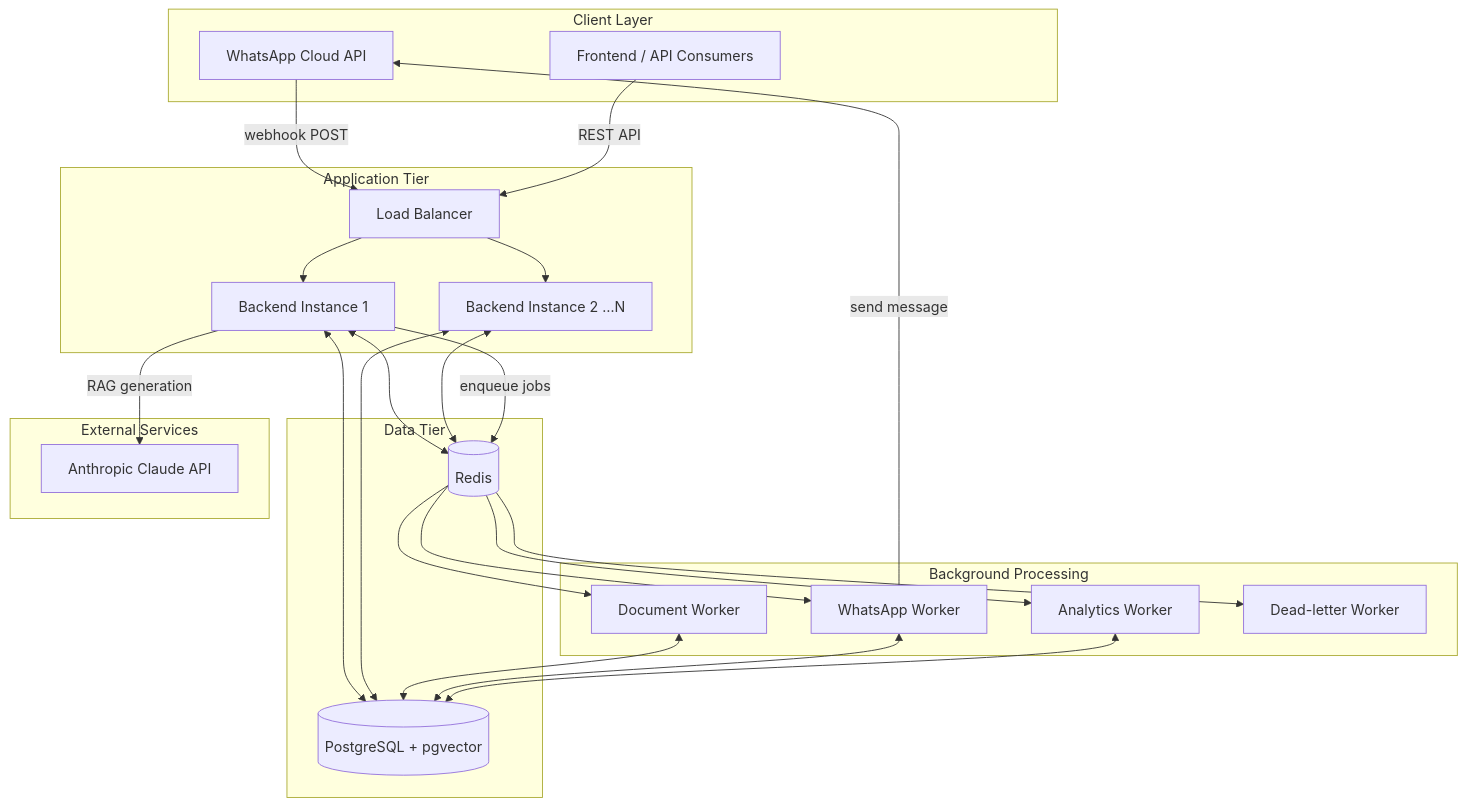
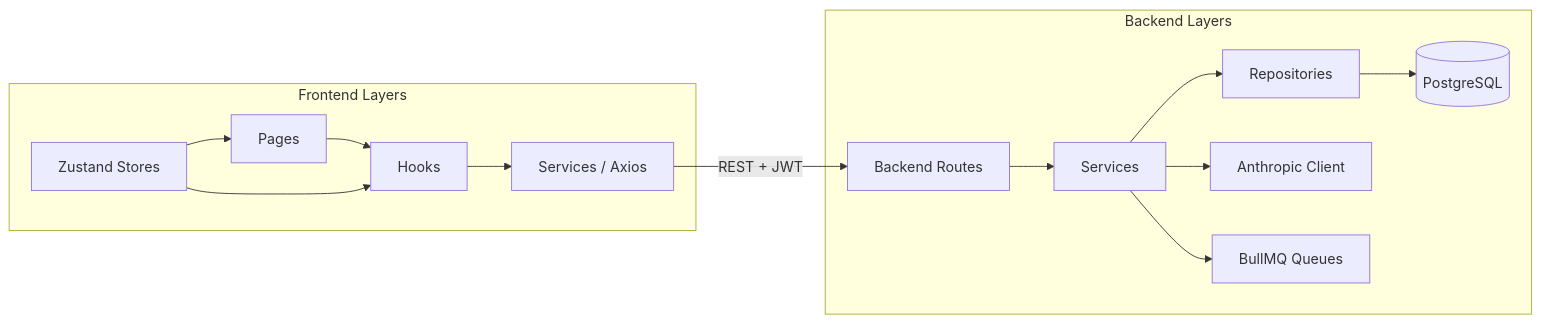
The second of 2 diagrams in README.md (mohammed-dev-stack/ai-workflow-orchestrator), drawn with Mermaid before and after one commit. The commit also changed other lines of this file, not shown here.

````diff
--- a/README.md
+++ b/README.md
@@ -1222,48 +159,17 @@
 ```mermaid
-graph TB
-    subgraph "Client Layer"
-        WA[WhatsApp Cloud API]
-        FE[Frontend / API Consumers]
+graph LR
+    subgraph "Frontend Layers"
+        FP[Pages] --> FH[Hooks]
+        FH --> FS[Services / Axios]
+        FZ[Zustand Stores] --> FP
+        FZ --> FH
     end
-
-    subgraph "Application Tier"
-        LB[Load Balancer]
-        API1[Backend Instance 1]
-        API2[Backend Instance 2 …N]
+    FS -->|REST + JWT| BR[Backend Routes]
+    subgraph "Backend Layers"
+        BR --> BS[Services]
+        BS --> BREPO[Repositories]
+        BREPO --> BDB[(PostgreSQL)]
+        BS --> BAI[Anthropic Client]
+        BS --> BQ[BullMQ Queues]
     end
-
-    subgraph "Background Processing"
-        DW[Document Worker]
-        WW[WhatsApp Worker]
-        AW[Analytics Worker]
-        DLQ[Dead-letter Worker]
-    end
-
-    subgraph "Data Tier"
-        PG[(PostgreSQL + pgvector)]
-        RD[(Redis)]
-    end
-
-    subgraph "External Services"
-        AN[Anthropic Claude API]
-    end
-
-    WA -->|webhook POST| LB
-    FE -->|REST API| LB
-    LB --> API1
-    LB --> API2
-    API1 <--> PG
-    API2 <--> PG
-    API1 <--> RD
-    API2 <--> RD
-    API1 -->|enqueue jobs| RD
-    RD --> DW
-    RD --> WW
-    RD --> AW
-    RD --> DLQ
-    DW <--> PG
-    WW <--> PG
-    AW <--> PG
-    API1 -->|RAG generation| AN
-    WW -->|send message| WA
 ```
````
